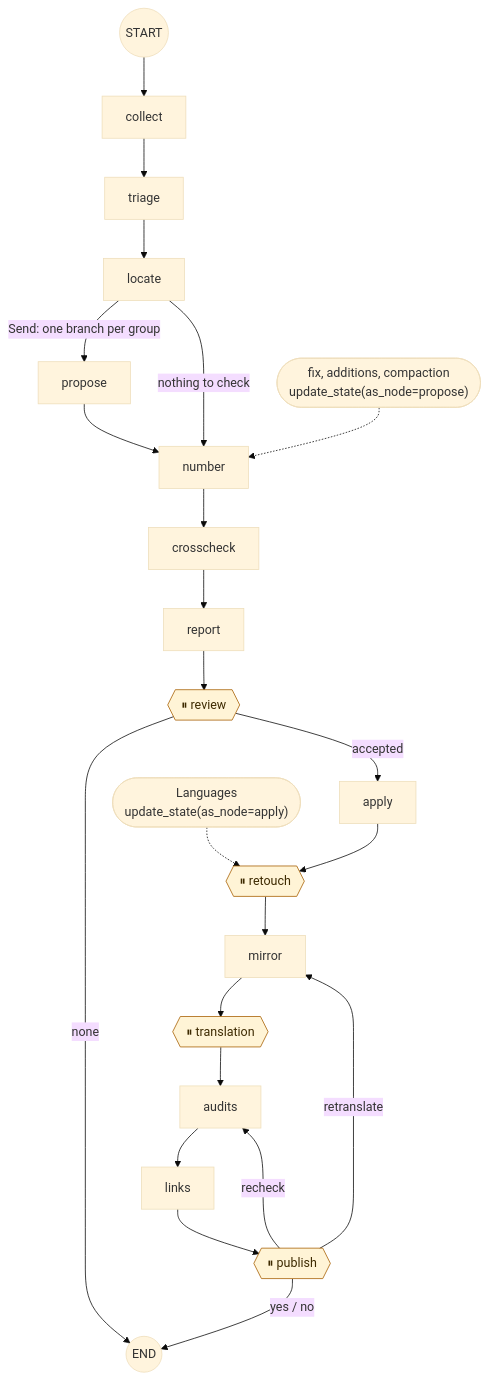
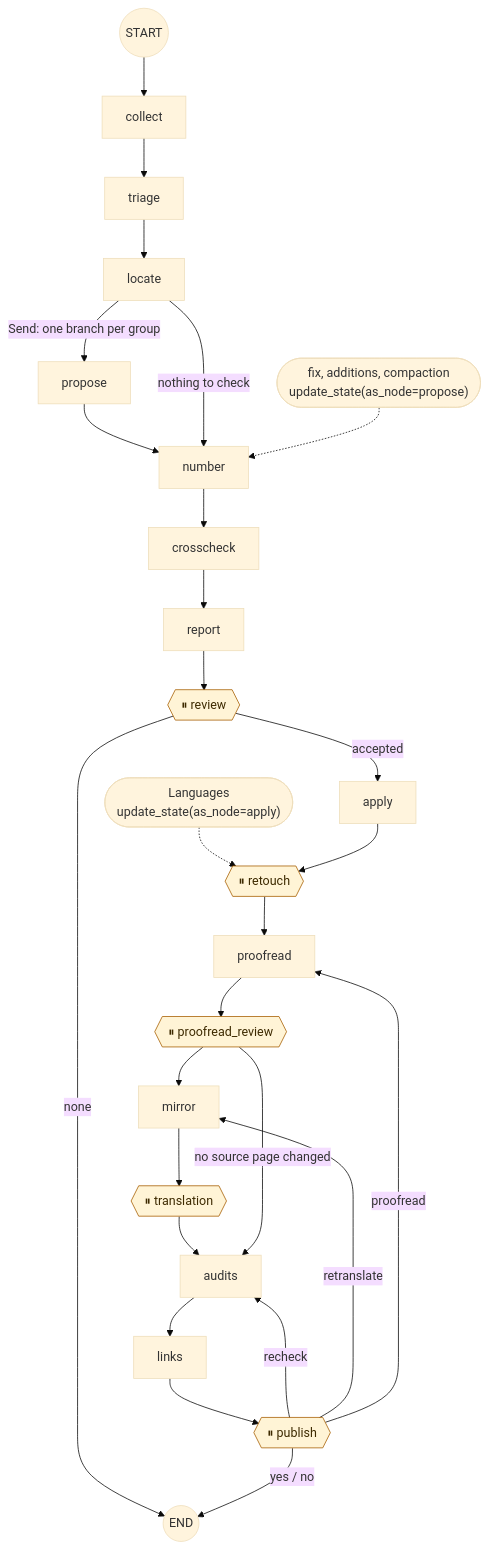
Before and after one commit to DamienBecherini/vault-watch-agent: the third of 3 diagrams in README.md, drawn with Mermaid (base theme). The commit also changed other lines of this file and 6 other files, not shown here.

Commit message:
docs(proofread): the proofreading of the editor's edits in a run: both diagrams of the README, the five pauses, run.md (the pause, the publish loop, the command line), code.md, CHANGELOG

````diff
--- a/README.md
+++ b/README.md
@@ -275,16 +279,19 @@
 ```mermaid
 flowchart TD
   start((START)) --> collect --> triage --> locate
   locate -->|"Send: one branch per group"| propose --> number
   locate -->|nothing to check| number
   own(["fix, additions, compaction<br/>update_state(as_node=propose)"]) -.-> number
   lang(["Languages<br/>update_state(as_node=apply)"]) -.-> retouch
   number --> crosscheck --> report --> review{{"⏸ review"}}
-  review -->|accepted| apply --> retouch{{"⏸ retouch"}} --> mirror --> translation{{"⏸ translation"}} --> audits --> links --> publish{{"⏸ publish"}}
+  review -->|accepted| apply --> retouch{{"⏸ retouch"}} --> proofread --> proofread_review{{"⏸ proofread_review"}}
+  proofread_review --> mirror --> translation{{"⏸ translation"}} --> audits --> links --> publish{{"⏸ publish"}}
+  proofread_review -->|"no source page changed"| audits
   review -->|none| stop((END))
   publish -->|"yes / no"| stop
   publish -->|recheck| audits
   publish -->|retranslate| mirror
+  publish -->|proofread| proofread
   classDef human fill:#fff4d6,stroke:#a65f00,color:#3d2a00
-  class review,retouch,translation,publish human
+  class review,retouch,proofread_review,translation,publish human
 ```
````
